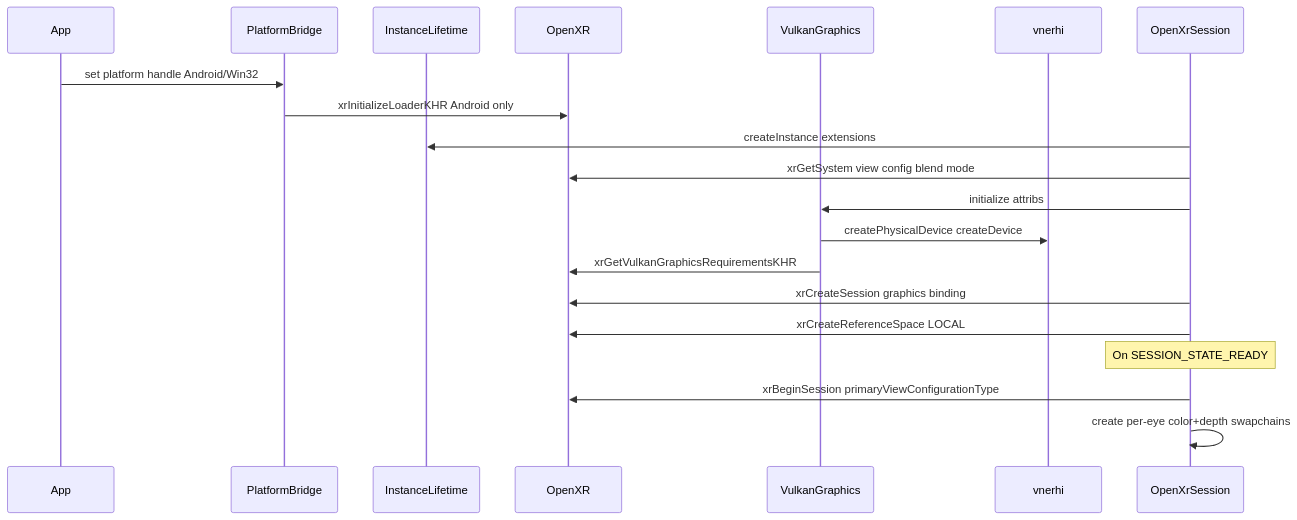
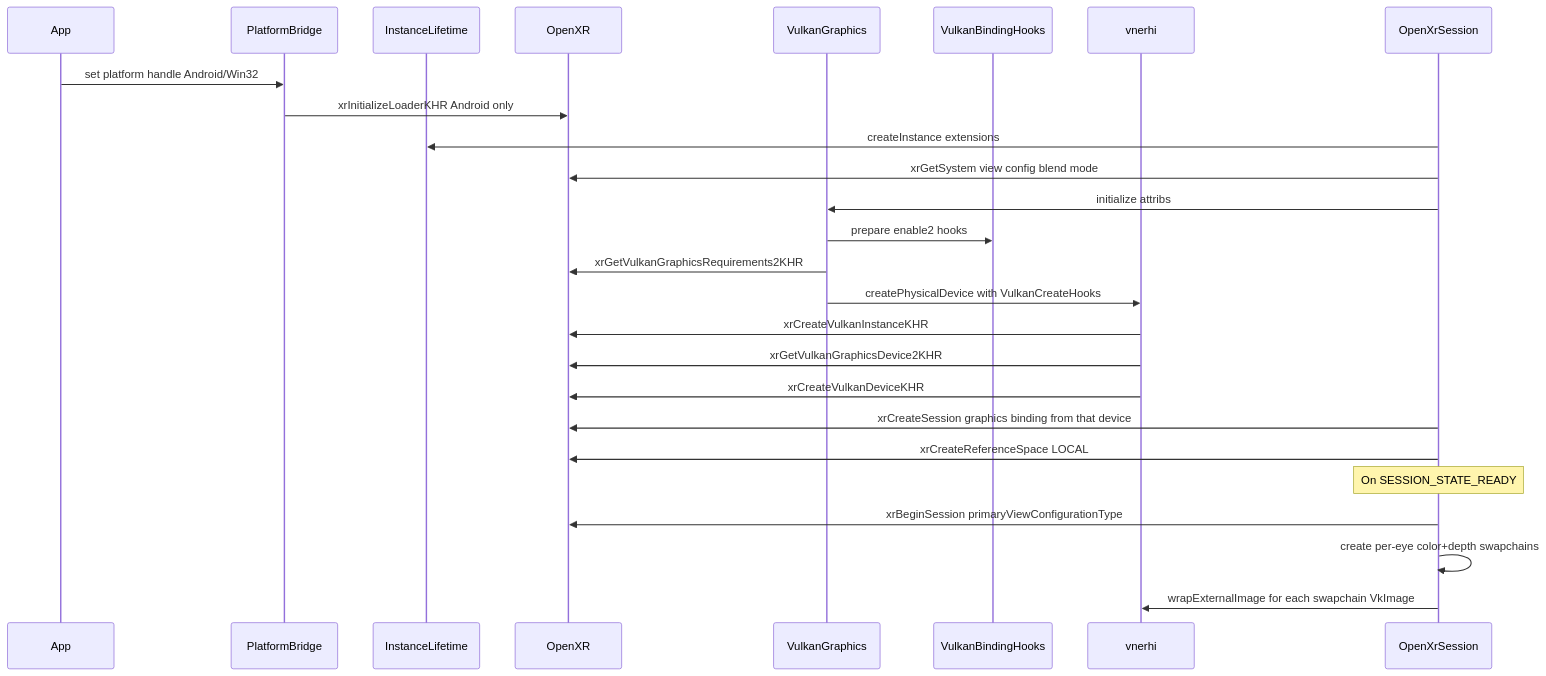
Before and after one commit to vertexnova/vnexr: the first of 2 diagrams in docs/vertexnova/xr/openxr_design.md, drawn with Mermaid. The commit also changed other lines of this file and 36 other files, not shown here.

````diff
--- a/docs/vertexnova/xr/openxr_design.md
+++ b/docs/vertexnova/xr/openxr_design.md
@@ -59,23 +59,29 @@
 ```mermaid
 sequenceDiagram
   participant App
   participant Plat as PlatformBridge
   participant Life as InstanceLifetime
   participant XR as OpenXR
   participant Gfx as VulkanGraphics
+  participant Bind as VulkanBindingHooks
   participant RHI as vnerhi
   participant Sess as OpenXrSession
 
   App->>Plat: set platform handle Android/Win32
   Plat->>XR: xrInitializeLoaderKHR Android only
   Sess->>Life: createInstance extensions
   Sess->>XR: xrGetSystem view config blend mode
   Sess->>Gfx: initialize attribs
-  Gfx->>RHI: createPhysicalDevice createDevice
-  Gfx->>XR: xrGetVulkanGraphicsRequirementsKHR
-  Sess->>XR: xrCreateSession graphics binding
+  Gfx->>Bind: prepare enable2 hooks
+  Gfx->>XR: xrGetVulkanGraphicsRequirements2KHR
+  Gfx->>RHI: createPhysicalDevice with VulkanCreateHooks
+  RHI->>XR: xrCreateVulkanInstanceKHR
+  RHI->>XR: xrGetVulkanGraphicsDevice2KHR
+  RHI->>XR: xrCreateVulkanDeviceKHR
+  Sess->>XR: xrCreateSession graphics binding from that device
   Sess->>XR: xrCreateReferenceSpace LOCAL
   Note over Sess: On SESSION_STATE_READY
   Sess->>XR: xrBeginSession primaryViewConfigurationType
   Sess->>Sess: create per-eye color+depth swapchains
+  Sess->>RHI: wrapExternalImage for each swapchain VkImage
 ```
````
